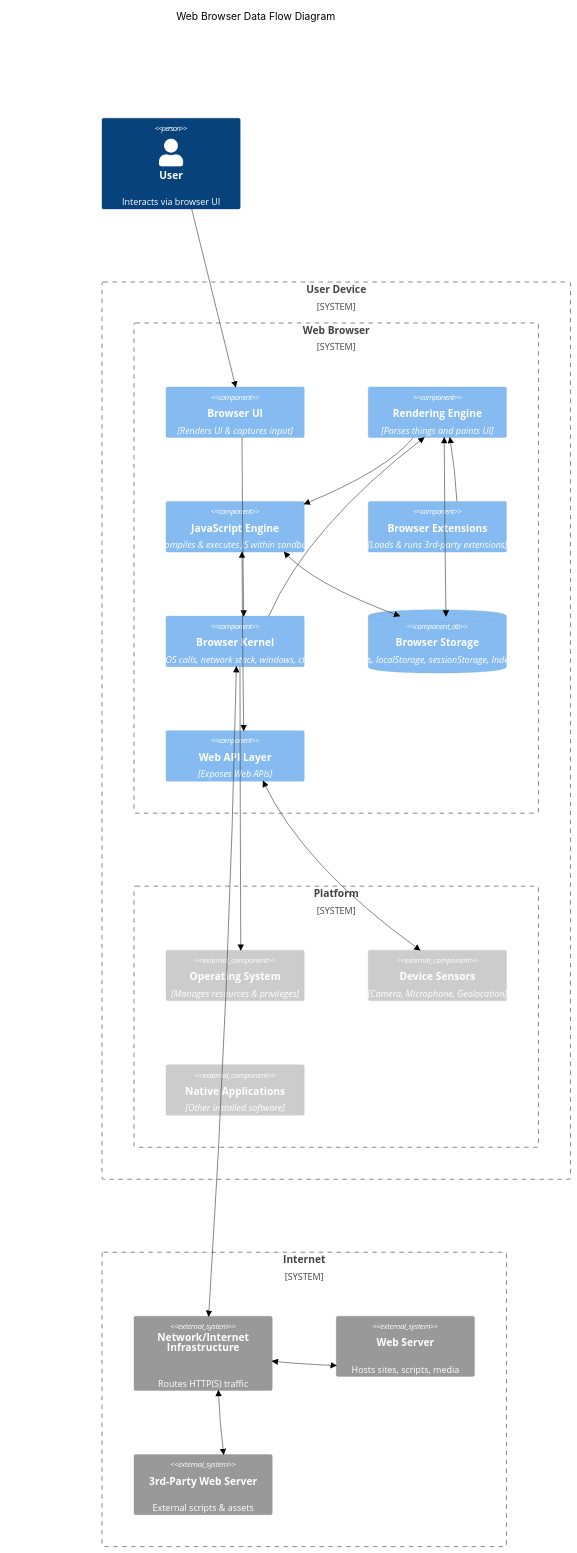
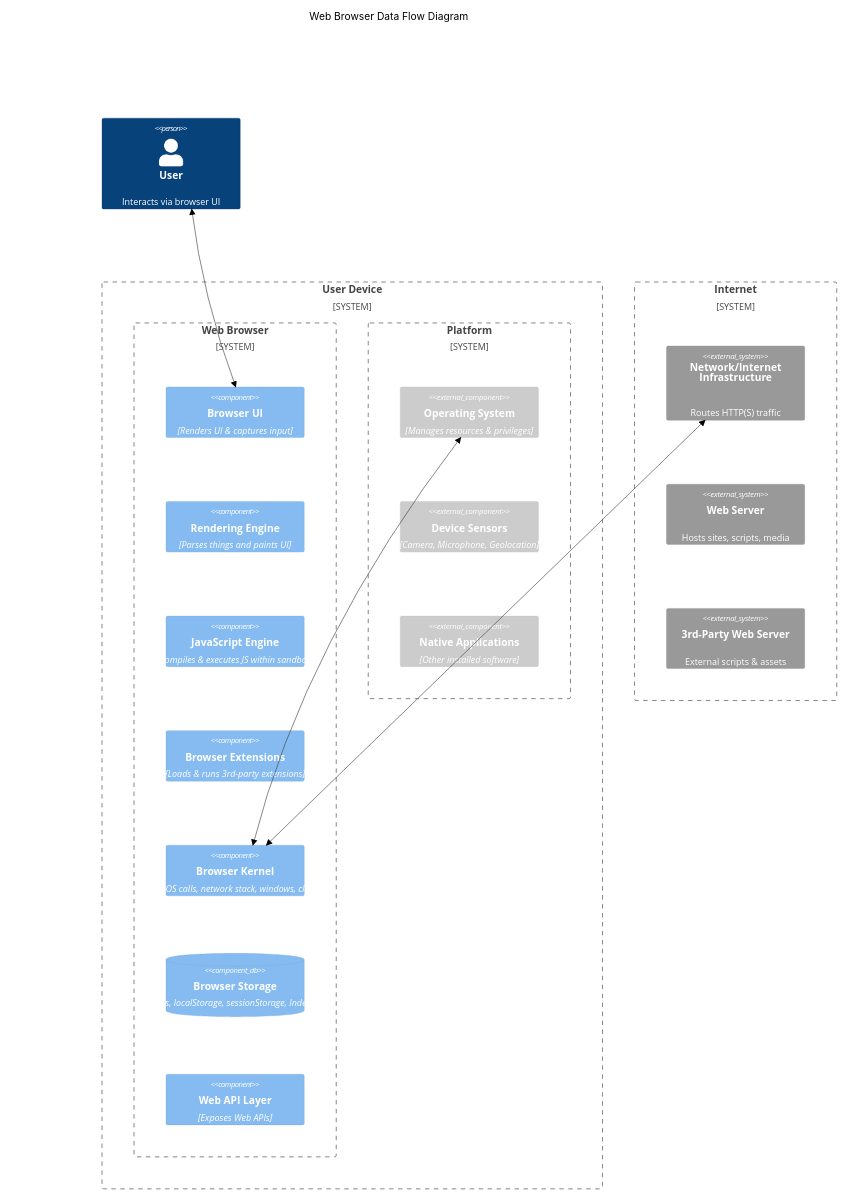
One commit to w3c/threat-model-web changed the first of 2 diagrams in index.md. Above: the diagram before and after it, drawn with Mermaid. The commit also changed other lines of this file, not shown here.

````diff
--- a/index.md
+++ b/index.md
@@ -108,50 +108,39 @@
 ```mermaid
 %%{init: {"theme": "base", "themeVariables": {"background": "#ffffff", "secondaryBackground": "#ffffff", "tertiaryBackground": "#ffffff", "edgeLabelBackground": "#ffffff", "clusterBkg": "#ffffff", "primaryColor": "#0366d6", "primaryTextColor": "#000000", "primaryBorderColor": "#0366d6", "secondaryColor": "#f0f0f0", "secondaryBorderColor": "#c0c0c0", "lineColor": "#a0a0a0", "tertiaryColor": "#e0e0e0"}}}%%
 
 C4Component
 
 title Web Browser Data Flow Diagram
 
 Person(user, "User", "Interacts via browser UI")
 
 System_Boundary(userDevice, "User Device") {
 
   System_Boundary(webBrowser, "Web Browser") {
     Component(webBrowserUI, "Browser UI", "Renders UI & captures input")
     Component(renderEngine, "Rendering Engine", "Parses things and paints UI")
     Component(jsInterpreter, "JavaScript Engine", "Compiles & executes JS within sandbox")
     Component(browserExtensions, "Browser Extensions", "Loads & runs 3rd-party extensions")
     Component(browserKernel, "Browser Kernel", "Manages OS calls, network stack, windows, clipboard...")
     ComponentDb(browserStorage, "Browser Storage", "Cookies, localStorage, sessionStorage, IndexedDB")
     Component(webAPI, "Web API Layer", "Exposes Web APIs")
   }
   System_Boundary(platform, "Platform") {
     Component_Ext(os, "Operating System", "Manages resources & privileges")
     Component_Ext(deviceSensors, "Device Sensors", "Camera, Microphone, Geolocation")
     Component_Ext(nativeApps, "Native Applications", "Other installed software")
   }
 }
 
 System_Boundary(internet, "Internet") {
   System_Ext(network, "Network/Internet<br/>Infrastructure", "Routes HTTP(S) traffic")
   System_Ext(webServer, "Web Server", "Hosts sites, scripts, media")
   System_Ext(webServer3rd, "3rd-Party Web Server", "External scripts & assets")
 }
 
-Rel(user, webBrowserUI, "")
-Rel(webBrowserUI, browserKernel, "")
 BiRel(browserKernel, network, "")
-Rel(browserKernel, renderEngine, "")
-Rel(renderEngine, jsInterpreter, "")
-BiRel(jsInterpreter, webAPI, "")
-BiRel(jsInterpreter, browserStorage, "")
-BiRel(renderEngine, browserStorage, "")
-Rel(browserKernel, os, "")
-BiRel(webAPI, deviceSensors, "")
-BiRel(browserKernel, network, "")
-BiRel(network, webServer, "")
-BiRel(network, webServer3rd, "")
-Rel(browserExtensions, renderEngine, "")
+BiRel(browserKernel, os, "")
+BiRel(user, webBrowserUI, "")
 
-UpdateLayoutConfig($c4ShapeInRow="3", $c4BoundaryInRow="1")
+UpdateLayoutConfig($c4ShapeInRow="3", $c4BoundaryInRow="2")
 ```
````
